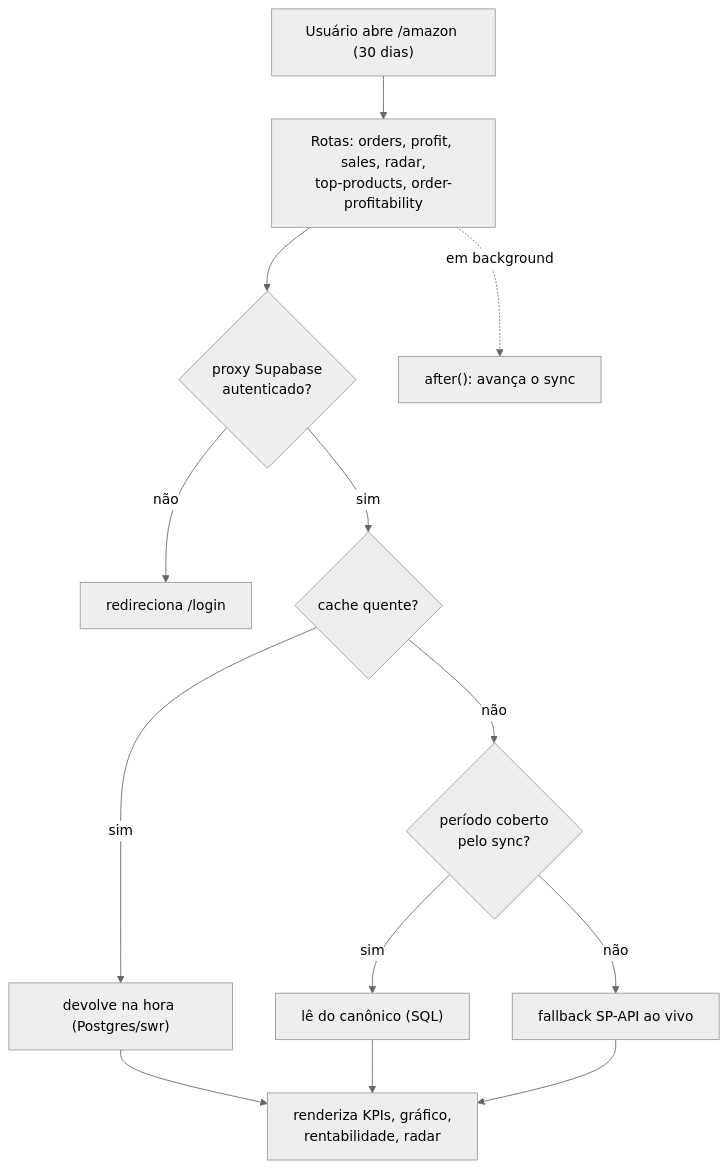
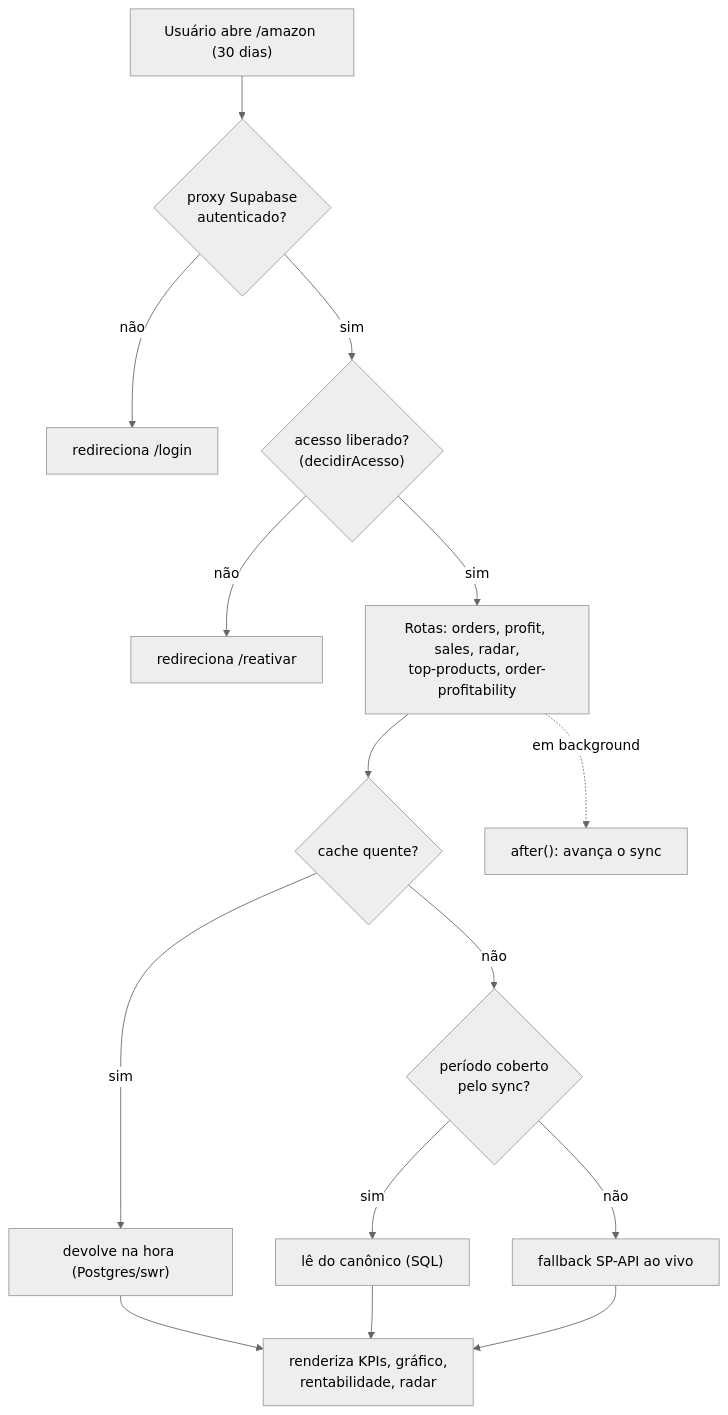
One commit to AninhaBe/amazon-fba-platform changed the second of 2 diagrams in docs/architecture/overview.md. Above: the diagram before and after it, drawn with Mermaid (neutral theme). The commit also changed other lines of this file and 3 other files, not shown here.

````diff
--- a/docs/architecture/overview.md
+++ b/docs/architecture/overview.md
@@ -99,13 +225,15 @@
 ```mermaid
 flowchart TD
-    U["Usuário abre /amazon (30 dias)"] --> R["Rotas: orders, profit, sales, radar,<br/>top-products, order-profitability"]
-    R --> P{"proxy Supabase<br/>autenticado?"}
+    U["Usuário abre /amazon (30 dias)"] --> P{"proxy Supabase<br/>autenticado?"}
     P -- não --> L["redireciona /login"]
-    P -- sim --> C{"cache quente?"}
+    P -- sim --> A{"acesso liberado?<br/>(decidirAcesso)"}
+    A -- não --> RE["redireciona /reativar"]
+    A -- sim --> R["Rotas: orders, profit, sales, radar,<br/>top-products, order-profitability"]
+    R --> C{"cache quente?"}
     C -- sim --> FAST["devolve na hora (Postgres/swr)"]
     C -- não --> SRC{"período coberto<br/>pelo sync?"}
     SRC -- sim --> CANON["lê do canônico (SQL)"]
     SRC -- não --> LIVE["fallback SP-API ao vivo"]
     R -. em background .-> SYNC["after(): avança o sync"]
     FAST & CANON & LIVE --> UI["renderiza KPIs, gráfico,<br/>rentabilidade, radar"]
 ```
````
